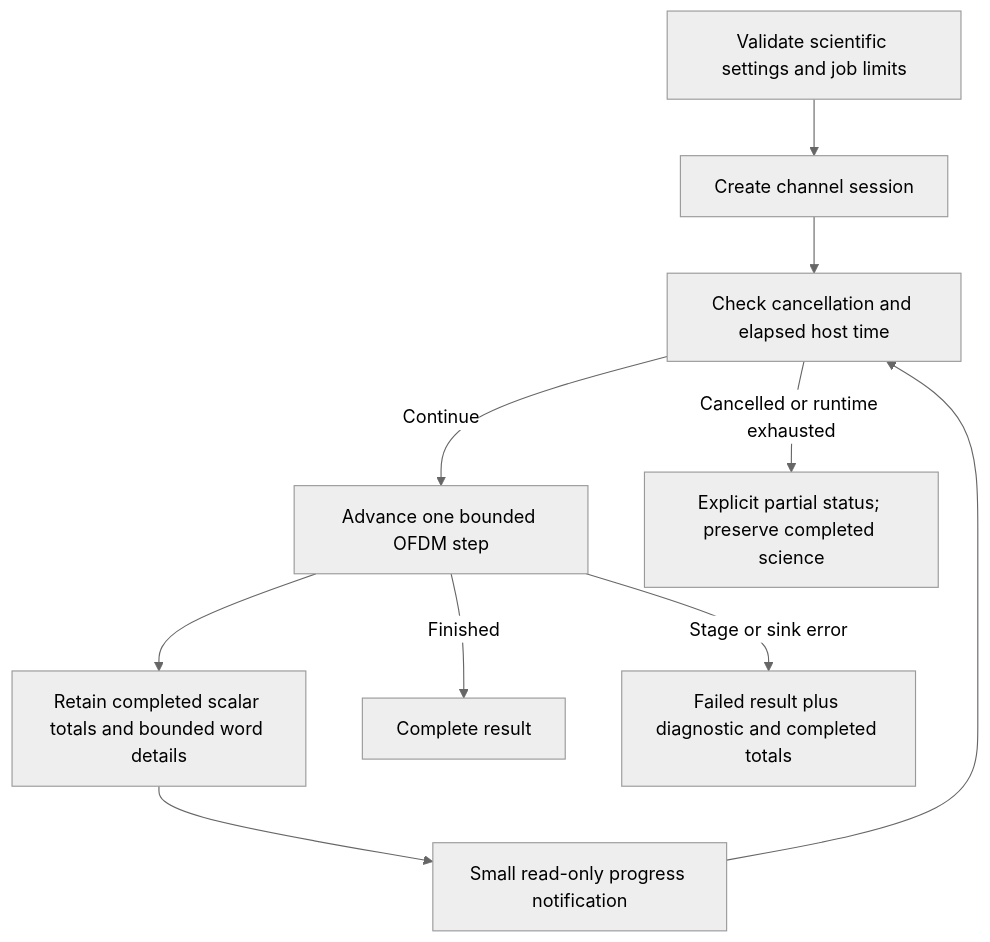
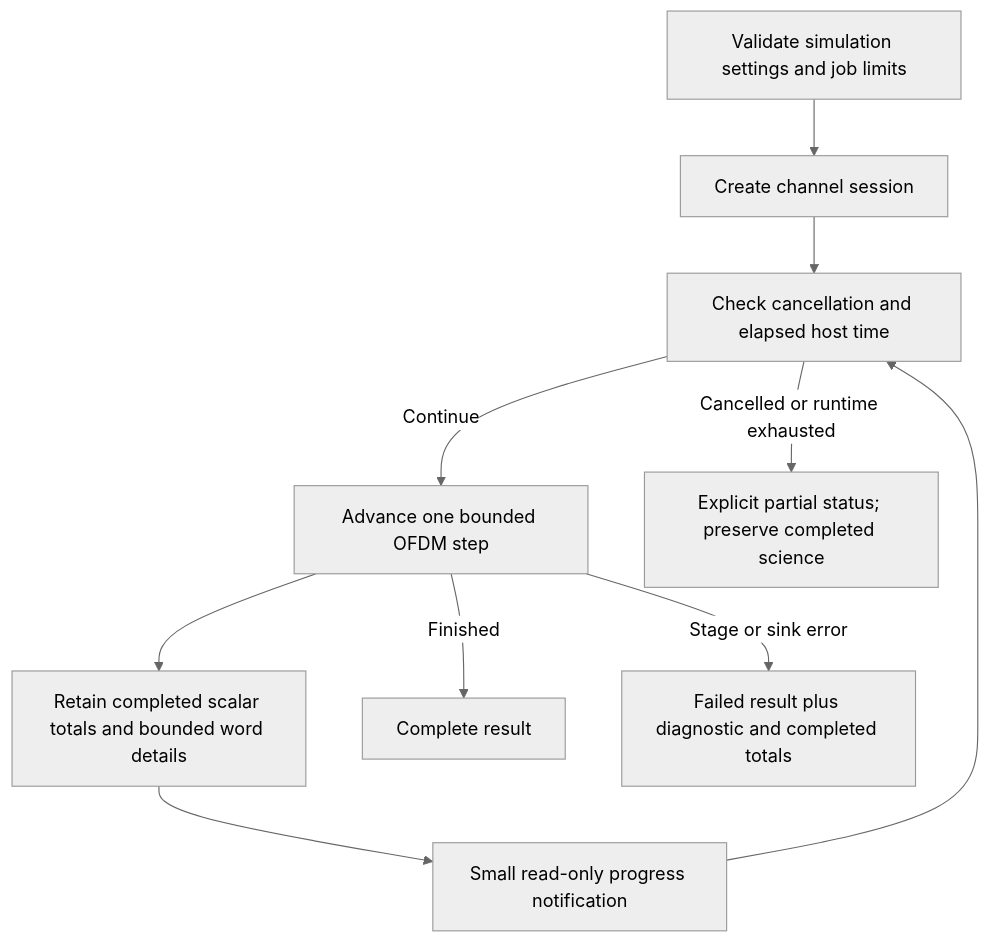
One commit to mgarcia01752/merlin changed the diagram in docs/user/channel-runner/job.md. Above: the diagram before and after it, drawn with Mermaid (neutral theme). The commit also changed other lines of this file and 130 other files, not shown here.

````diff
--- a/docs/user/channel-runner/job.md
+++ b/docs/user/channel-runner/job.md
@@ -8,11 +8,11 @@
 ```mermaid
 flowchart TB
-    REQUEST["Validate scientific settings and job limits"] --> SESSION["Create channel session"]
+    REQUEST["Validate simulation settings and job limits"] --> SESSION["Create channel session"]
     SESSION --> CHECK["Check cancellation and elapsed host time"]
     CHECK -->|"Continue"| STEP["Advance one bounded OFDM step"]
     STEP --> SAVE["Retain completed scalar totals and bounded word details"]
     SAVE --> PROGRESS["Small read-only progress notification"] --> CHECK
     STEP -->|"Finished"| COMPLETE["Complete result"]
     STEP -->|"Stage or sink error"| FAILED["Failed result plus diagnostic and completed totals"]
     CHECK -->|"Cancelled or runtime exhausted"| PARTIAL["Explicit partial status; preserve completed science"]
 ```
````
